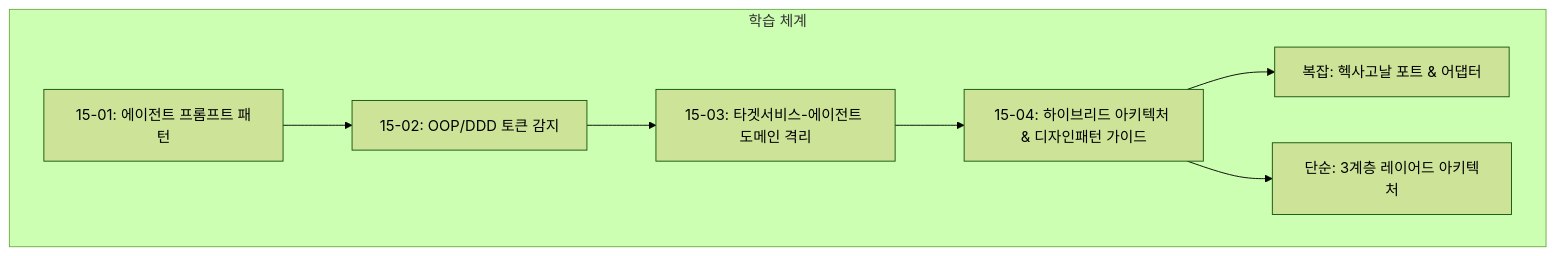
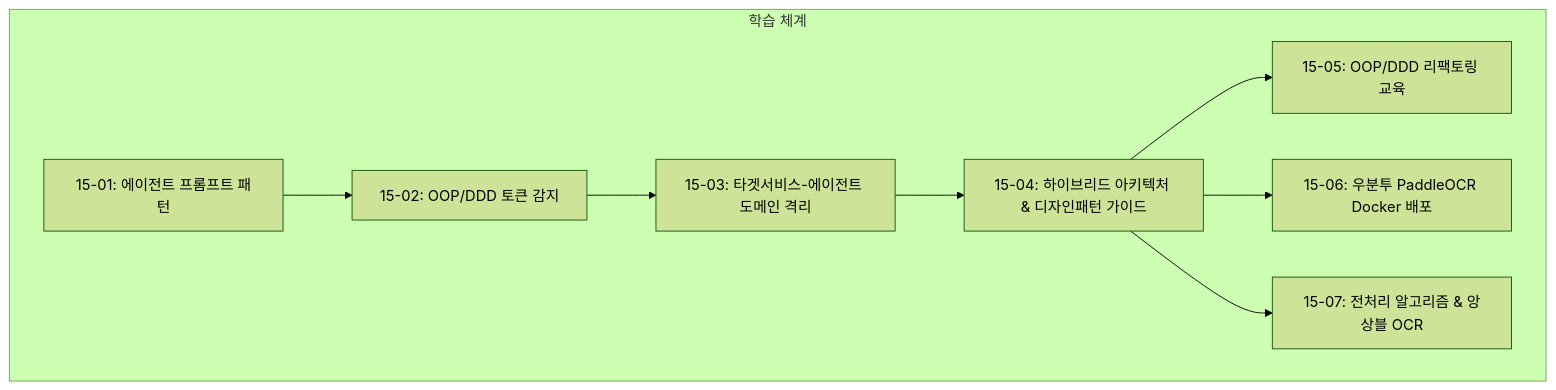
One commit to jkoogit/purePDFrend changed the diagram in docs/15.학습/README_학습.md. Above: the diagram before and after it, drawn with Mermaid (forest theme). The commit also changed other lines of this file and 26 other files, not shown here.

Commit message:
feat: [TASK-0012] PDF 이미지 전처리 엔진 및 다국어 OCR(WASM/클라우드/PaddleOCR 도커 어댑터) 파이프라인 구현

````diff
--- a/docs/15.학습/README_학습.md
+++ b/docs/15.학습/README_학습.md
@@ -15,10 +17,11 @@
 ```mermaid
 graph TD
     subgraph 학습 체계
         L1[15-01: 에이전트 프롬프트 패턴] --> L2[15-02: OOP/DDD 토큰 감지]
         L2 --> L3[15-03: 타겟서비스-에이전트 도메인 격리]
         L3 --> L4[15-04: 하이브리드 아키텍처 & 디자인패턴 가이드]
-        L4 --> Hexagonal[복잡: 헥사고날 포트 & 어댑터]
-        L4 --> Layered[단순: 3계층 레이어드 아키텍처]
+        L4 --> L5[15-05: OOP/DDD 리팩토링 교육]
+        L4 --> L6[15-06: 우분투 PaddleOCR Docker 배포]
+        L4 --> L7[15-07: 전처리 알고리즘 & 앙상블 OCR]
     end
 ```
````
